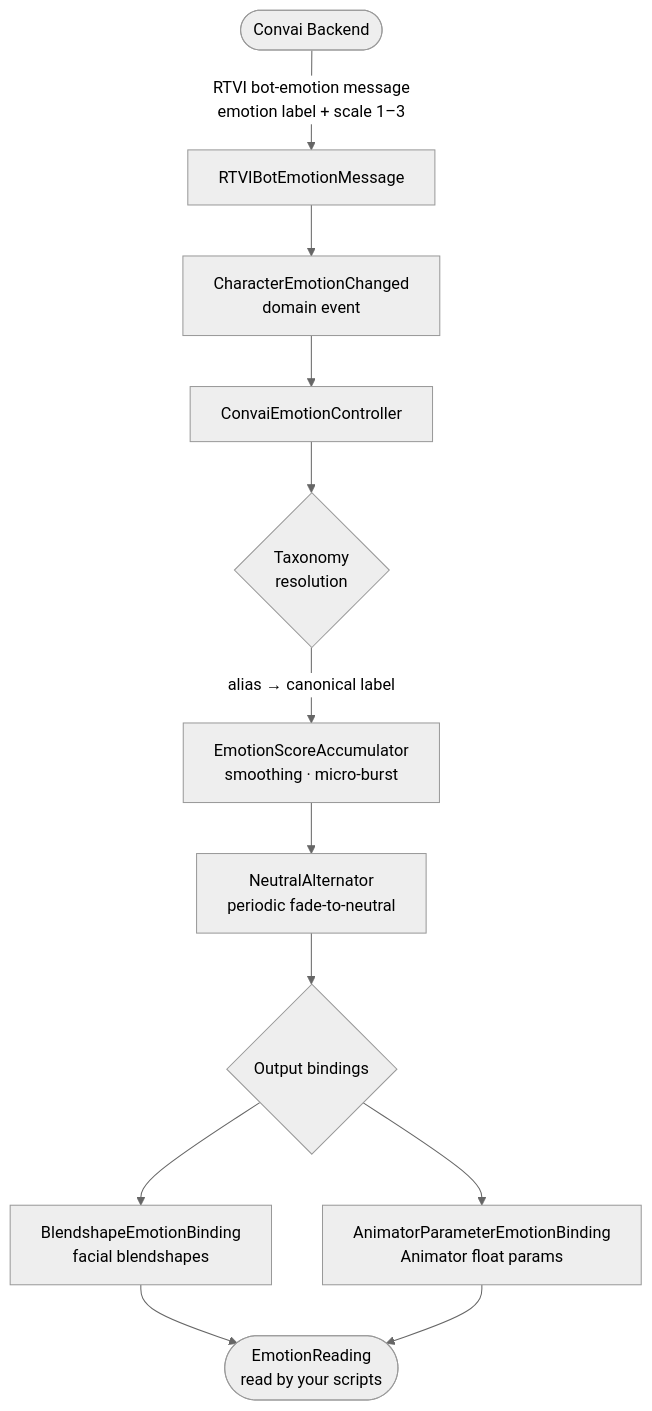
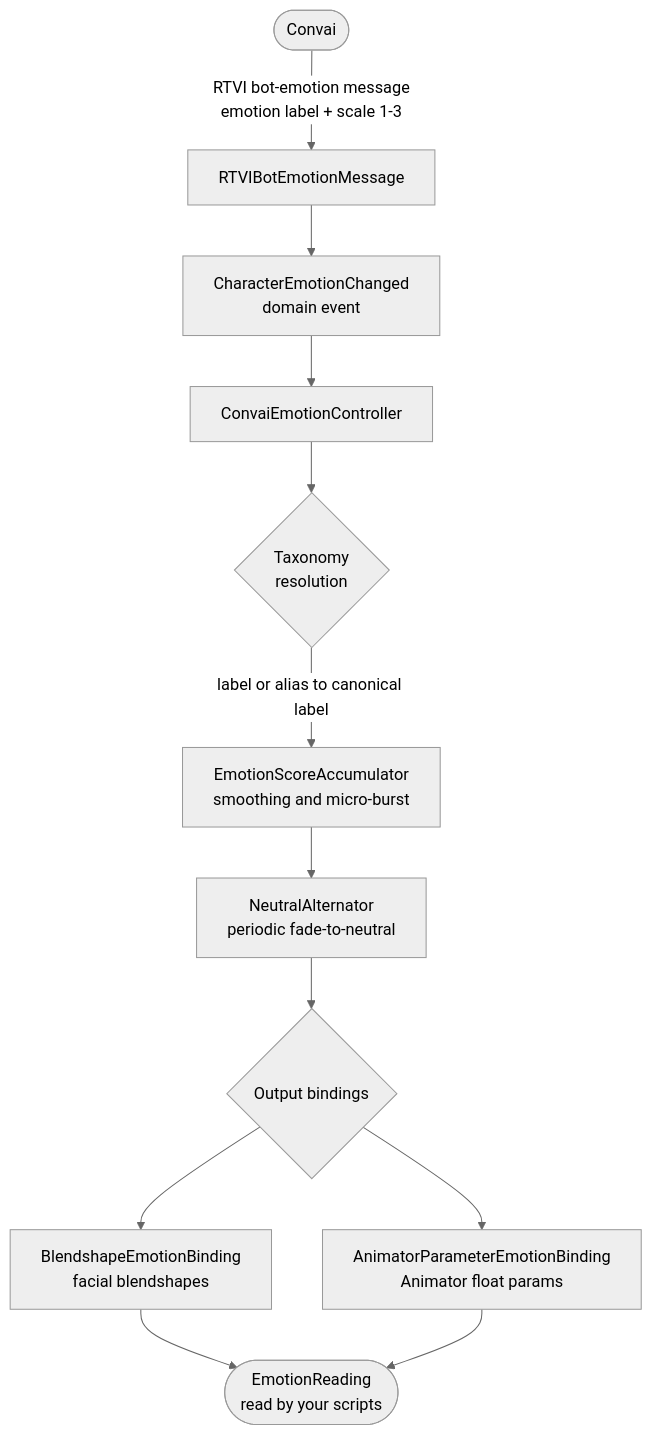
Before and after one commit to Conv-AI/Convai-Documentation: the diagram in plugins-and-integrations/convai-unity-sdk/features/emotion/how-the-emotion-system-works.md, drawn with Mermaid (neutral theme). The commit also changed other lines of this file and 7 other files, not shown here.

````diff
--- a/plugins-and-integrations/convai-unity-sdk/features/emotion/how-the-emotion-system-works.md
+++ b/plugins-and-integrations/convai-unity-sdk/features/emotion/how-the-emotion-system-works.md
@@ -12,13 +24,13 @@
 ```mermaid
 flowchart TD
-    A([Convai Backend]) -->|RTVI bot-emotion message\nemotion label + scale 1–3| B[RTVIBotEmotionMessage]
+    A([Convai]) -->|RTVI bot-emotion message\nemotion label + scale 1-3| B[RTVIBotEmotionMessage]
     B --> C[CharacterEmotionChanged\ndomain event]
     C --> D[ConvaiEmotionController]
     D --> E{Taxonomy\nresolution}
-    E -->|alias → canonical label| F[EmotionScoreAccumulator\nsmoothing · micro-burst]
+    E -->|label or alias to canonical label| F[EmotionScoreAccumulator\nsmoothing and micro-burst]
     F --> G[NeutralAlternator\nperiodic fade-to-neutral]
     G --> H{Output bindings}
     H --> I[BlendshapeEmotionBinding\nfacial blendshapes]
     H --> J[AnimatorParameterEmotionBinding\nAnimator float params]
     I & J --> K([EmotionReading\nread by your scripts])
 ```
````
